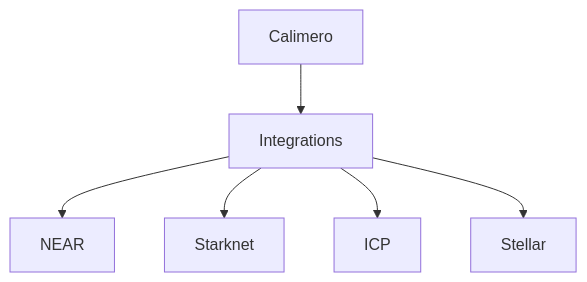
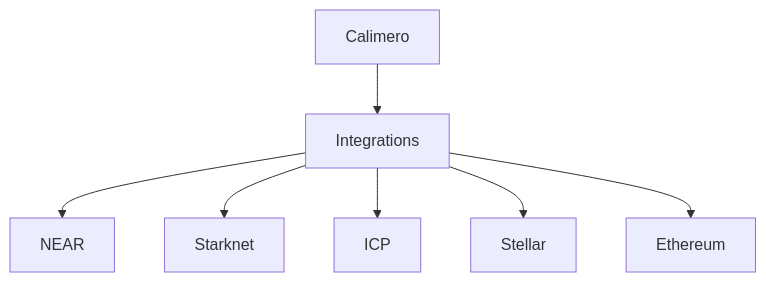
The first of 7 diagrams in docs/03-core-concepts/06-blockchain-integration.mdx (calimero-network/calimero-network.github.io), drawn with Mermaid before and after one commit. The commit also changed other lines of this file and 9 other files, not shown here.

````diff
--- a/docs/03-core-concepts/06-blockchain-integration.mdx
+++ b/docs/03-core-concepts/06-blockchain-integration.mdx
@@ -24,8 +25,9 @@
 ```mermaid
 graph TD
 A[Calimero] --> B[Integrations]
 B --> C[NEAR]
 B --> D[Starknet]
 B --> E[ICP]
 B --> F[Stellar]
+B --> G[Ethereum]
 ```
````
